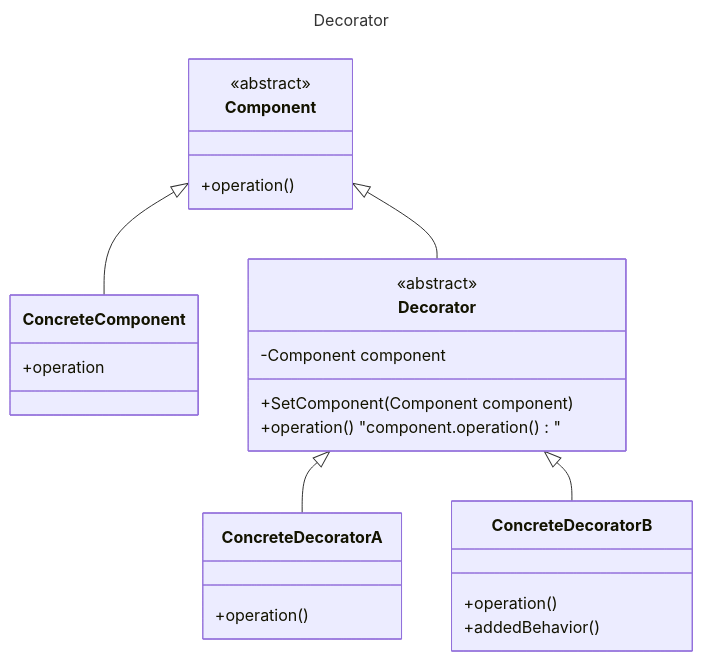
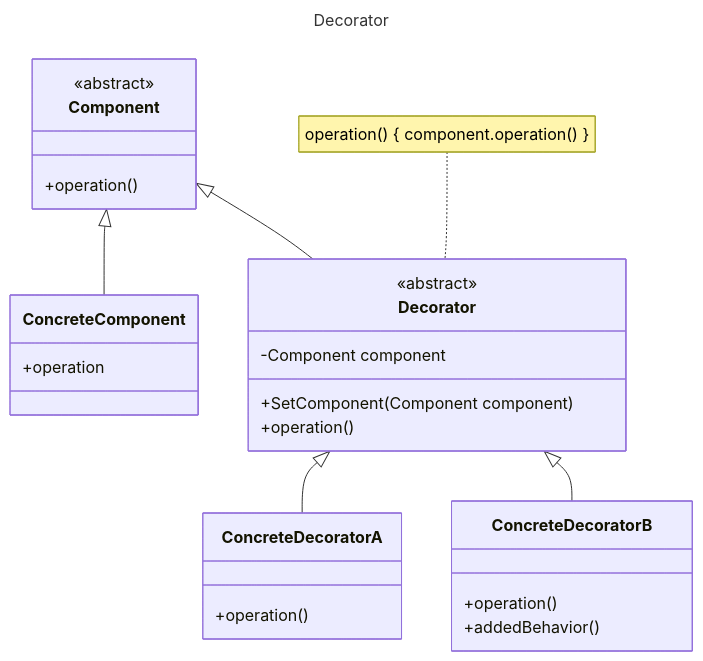
The ninth of 12 diagrams in README.md (rwibawa/designpatterns), drawn with Mermaid before and after one commit. The commit also changed other lines of this file and 5 other files, not shown here.

````diff
--- a/README.md
+++ b/README.md
@@ -247,32 +325,34 @@
 ```mermaid
 ---
 title: Decorator
 ---
 classDiagram
     class Component {
         <<abstract>>
         +operation()
     }
     
     Component <|-- ConcreteComponent
     ConcreteComponent: +operation
     
     Component <|-- Decorator
+    
+    note for Decorator "operation() { component.operation() }"
     class Decorator {
         <<abstract>>
         -Component component
         +SetComponent(Component component)
-        +operation() "component.operation()"
+        +operation()
     }
     
     Decorator <|-- ConcreteDecoratorA
     Decorator <|-- ConcreteDecoratorB
     
     ConcreteDecoratorA: +operation()
     
     class ConcreteDecoratorB {
         +operation()
         +addedBehavior()
     }
     
 ```
````
